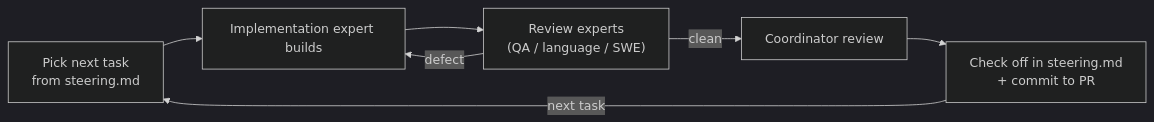
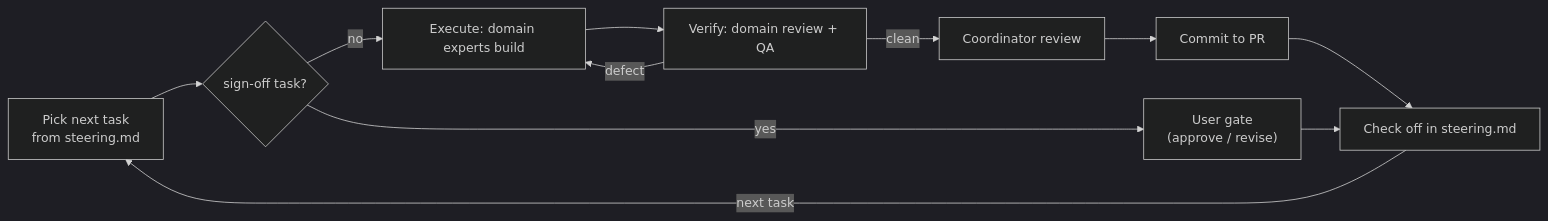
Before and after one commit to lovaizu/ccpm: the third of 3 diagrams in rn/docs/design.md, drawn with Mermaid (dark theme). The commit also changed other lines of this file, not shown here.

````diff
--- a/rn/docs/design.md
+++ b/rn/docs/design.md
@@ -84,9 +96,13 @@
 ```mermaid
 flowchart LR
-  pick["Pick next task<br/>from steering.md"] --> impl["Implementation expert builds"]
-  impl --> review["Review experts<br/>(QA / language / SWE)"]
-  review -->|defect| impl
-  review -->|clean| cr["Coordinator review"]
-  cr --> done["Check off in steering.md<br/>+ commit to PR"]
-  done -->|next task| pick
+  pick["Pick next task<br/>from steering.md"] --> kind{"sign-off task?"}
+  kind -->|yes| gate["User gate<br/>(approve / revise)"]
+  kind -->|no| build["Execute: domain experts build"]
+  build --> verify["Verify: domain review + QA"]
+  verify -->|defect| build
+  verify -->|clean| cr["Coordinator review"]
+  cr --> commit["Commit to PR"]
+  commit --> off["Check off in steering.md"]
+  gate --> off
+  off -->|next task| pick
 ```
````
